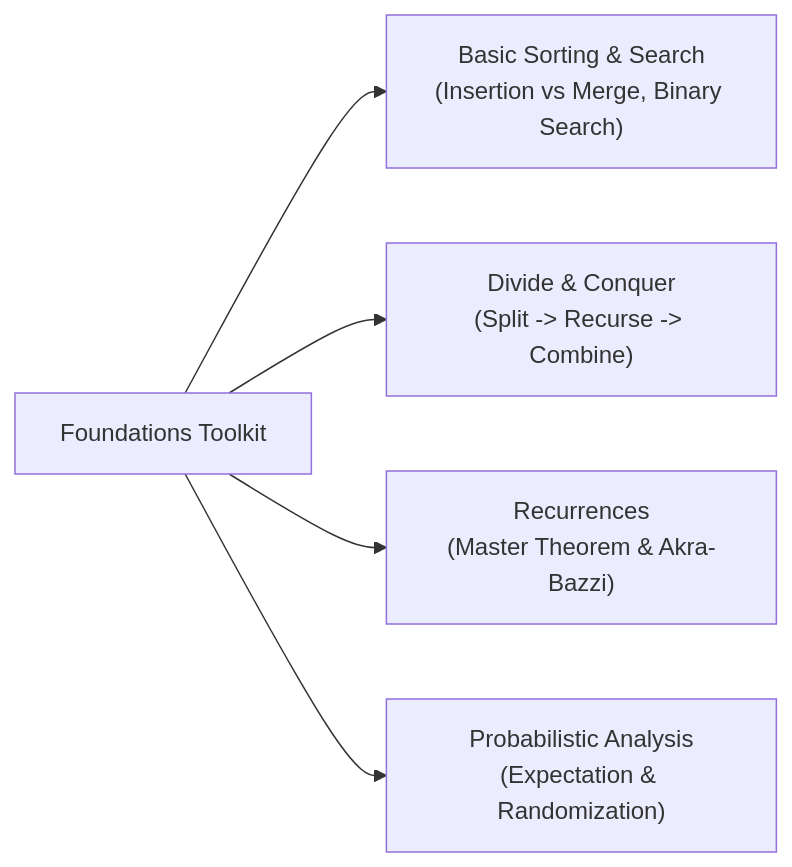
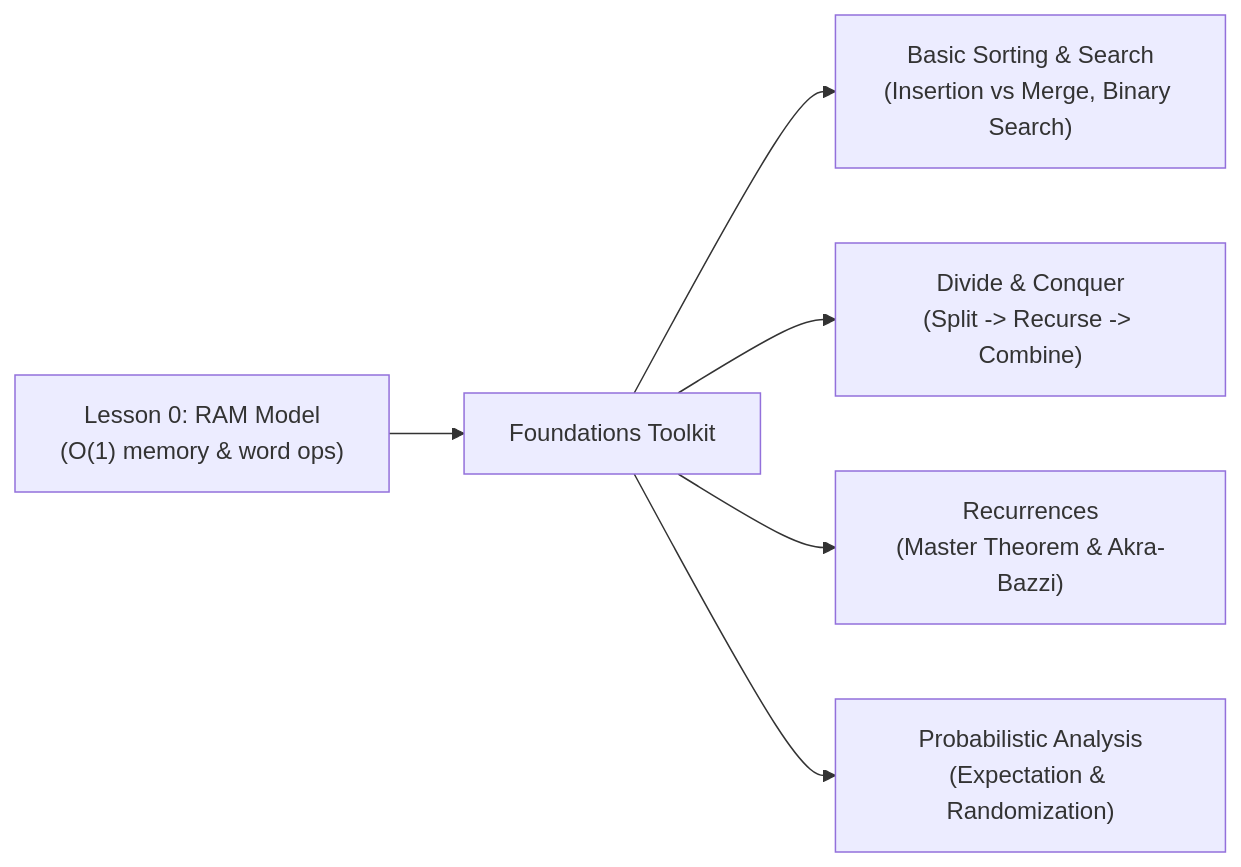
The diagram in docs/foundations.md (hevangel/introduction_to_algorithms), drawn with Mermaid before and after one commit. The commit also changed other lines of this file and 8 other files, not shown here.

Commit message:
Add Lesson 0 (CLRS 2.2 RAM model, cost layers & alternative models) to Foundations

````diff
--- a/docs/foundations.md
+++ b/docs/foundations.md
@@ -14,7 +41,8 @@
 ```mermaid
 flowchart LR
-  P["Foundations Toolkit"] --> S["Basic Sorting & Search\n(Insertion vs Merge, Binary Search)"]
+  M["Lesson 0: RAM Model\n(O(1) memory & word ops)"] --> P["Foundations Toolkit"]
+  P --> S["Basic Sorting & Search\n(Insertion vs Merge, Binary Search)"]
   P --> DC["Divide & Conquer\n(Split -> Recurse -> Combine)"]
   P --> REC["Recurrences\n(Master Theorem & Akra-Bazzi)"]
   P --> PROB["Probabilistic Analysis\n(Expectation & Randomization)"]
 ```
````
